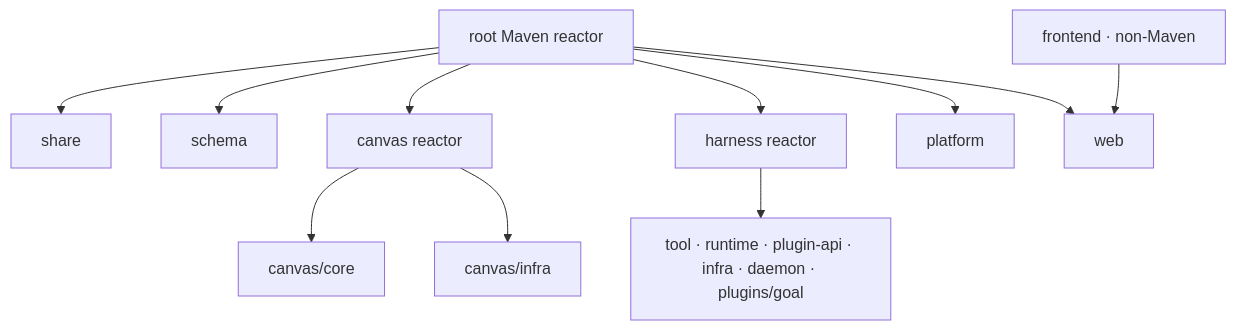
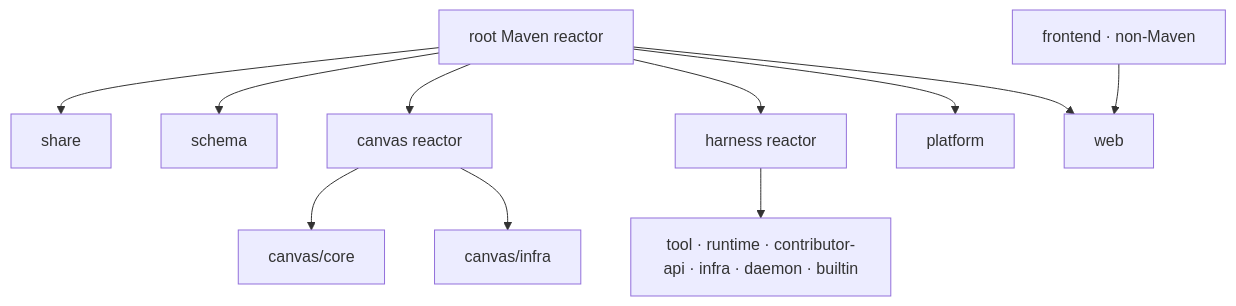
Before and after one commit to fengwk/kk-studio: the diagram in README.md, drawn with Mermaid. The commit also changed other lines of this file and 14 other files, not shown here.

Commit message:
test: clean up harness contributor integration fixtures and remove legacy plugin domain symbols

````diff
--- a/README.md
+++ b/README.md
@@ -12,14 +12,14 @@
 ```mermaid
 flowchart TD
   Root["root Maven reactor"]
   Root --> share
   Root --> schema
   Root --> canvas["canvas reactor"]
   Root --> harness["harness reactor"]
   Root --> platform
   Root --> web
   canvas --> canvasCore["canvas/core"]
   canvas --> canvasInfra["canvas/infra"]
-  harness --> harnessLeaves["tool · runtime · plugin-api · infra · daemon · plugins/goal"]
+  harness --> harnessLeaves["tool · runtime · contributor-api · infra · daemon · builtin"]
   Frontend["frontend · non-Maven"] --> web
 ```
````
